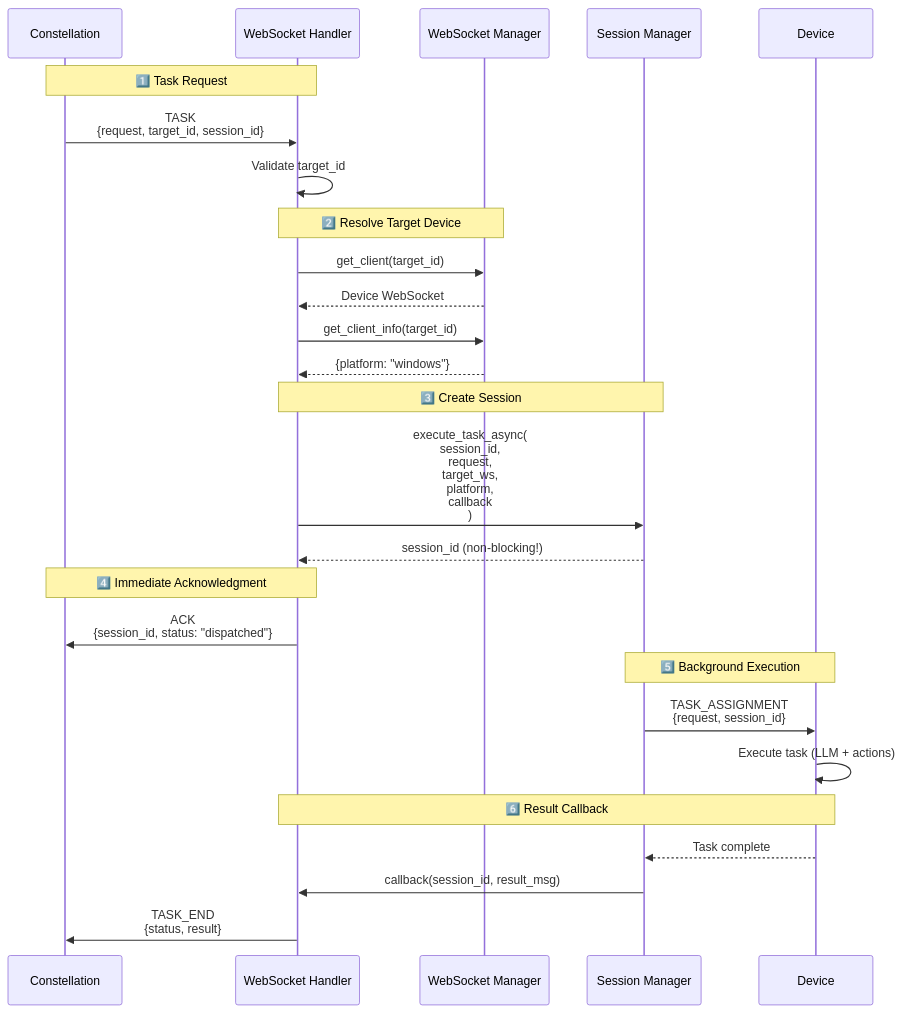
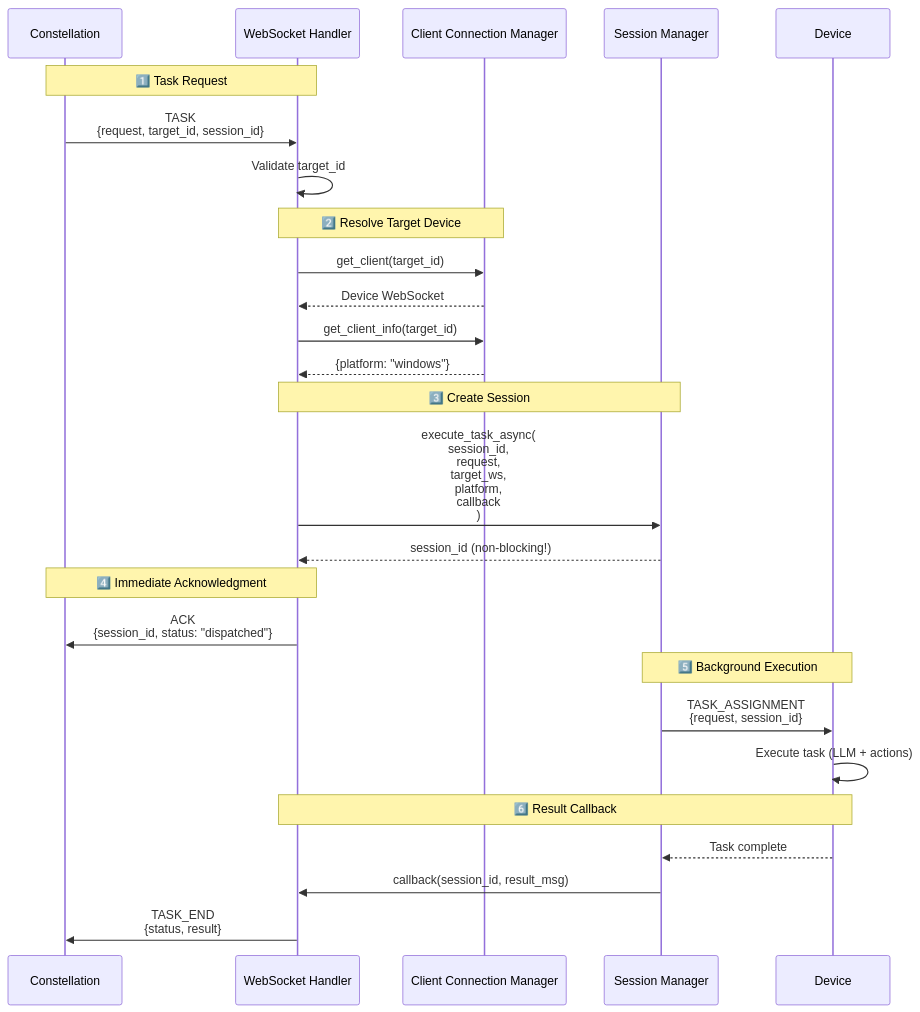
One commit to microsoft/UFO changed the fourth of 7 diagrams in documents/docs/server/websocket_handler.md. Above: the diagram before and after it, drawn with Mermaid. The commit also changed other lines of this file and 8 other files, not shown here.

````diff
--- a/documents/docs/server/websocket_handler.md
+++ b/documents/docs/server/websocket_handler.md
@@ -420,34 +420,34 @@
 ```mermaid
 sequenceDiagram
     participant C as Constellation
     participant WH as WebSocket Handler
-    participant WSM as WebSocket Manager
+    participant WSM as Client Connection Manager
     participant SM as Session Manager
     participant D as Device
     
     Note over C,WH: 1️⃣ Task Request
     C->>WH: TASK<br/>{request, target_id, session_id}
     WH->>WH: Validate target_id
     
     Note over WH,WSM: 2️⃣ Resolve Target Device
     WH->>WSM: get_client(target_id)
     WSM-->>WH: Device WebSocket
     WH->>WSM: get_client_info(target_id)
     WSM-->>WH: {platform: "windows"}
     
     Note over WH,SM: 3️⃣ Create Session
     WH->>SM: execute_task_async(<br/>  session_id,<br/>  request,<br/>  target_ws,<br/>  platform,<br/>  callback<br/>)
     SM-->>WH: session_id (non-blocking!)
     
     Note over WH,C: 4️⃣ Immediate Acknowledgment
     WH->>C: ACK<br/>{session_id, status: "dispatched"}
     
     Note over SM,D: 5️⃣ Background Execution
     SM->>D: TASK_ASSIGNMENT<br/>{request, session_id}
     D->>D: Execute task (LLM + actions)
     
     Note over D,WH: 6️⃣ Result Callback
     D-->>SM: Task complete
     SM->>WH: callback(session_id, result_msg)
     WH->>C: TASK_END<br/>{status, result}
 ```
````
